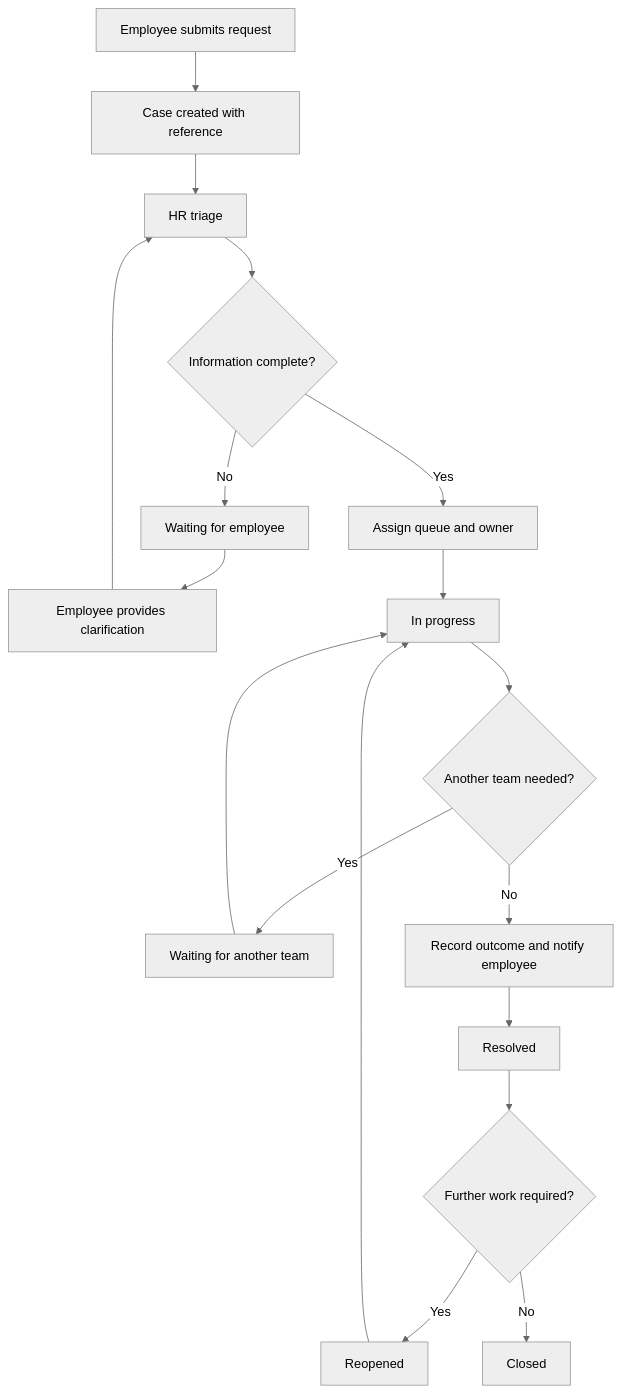
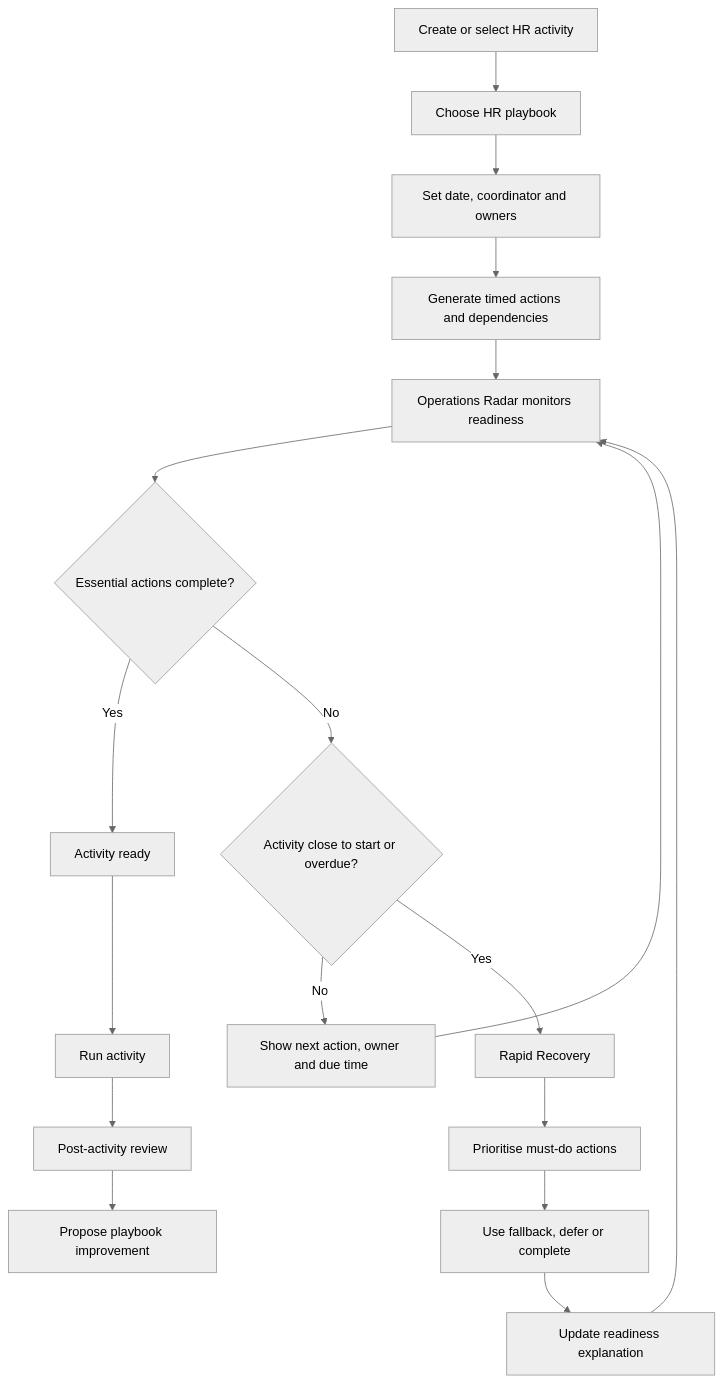
One commit to barbarajuhasz27-eng/hr-solutions-lab changed the diagram in hr-operations-hub/docs/PROCESS_MODEL.md. Above: the diagram before and after it, drawn with Mermaid (neutral theme). The commit also changed other lines of this file, not shown here.

Commit message:
docs: replace case queue flow with HR activity readiness process model

````diff
--- a/hr-operations-hub/docs/PROCESS_MODEL.md
+++ b/hr-operations-hub/docs/PROCESS_MODEL.md
@@ -5,20 +5,20 @@
 ```mermaid
 flowchart TD
-    A[Employee submits request] --> B[Case created with reference]
-    B --> C[HR triage]
-    C --> D{Information complete?}
-    D -- No --> E[Waiting for employee]
-    E --> F[Employee provides clarification]
-    F --> C
-    D -- Yes --> G[Assign queue and owner]
-    G --> H[In progress]
-    H --> I{Another team needed?}
-    I -- Yes --> J[Waiting for another team]
-    J --> H
-    I -- No --> K[Record outcome and notify employee]
-    K --> L[Resolved]
-    L --> M{Further work required?}
-    M -- Yes --> N[Reopened]
-    N --> H
-    M -- No --> O[Closed]
+    A[Create or select HR activity] --> B[Choose HR playbook]
+    B --> C[Set date, coordinator and owners]
+    C --> D[Generate timed actions and dependencies]
+    D --> E[Operations Radar monitors readiness]
+    E --> F{Essential actions complete?}
+    F -- Yes --> G[Activity ready]
+    F -- No --> H{Activity close to start or overdue?}
+    H -- No --> I[Show next action, owner and due time]
+    I --> E
+    H -- Yes --> J[Rapid Recovery]
+    J --> K[Prioritise must-do actions]
+    K --> L[Use fallback, defer or complete]
+    L --> M[Update readiness explanation]
+    M --> E
+    G --> N[Run activity]
+    N --> O[Post-activity review]
+    O --> P[Propose playbook improvement]
 ```
````
